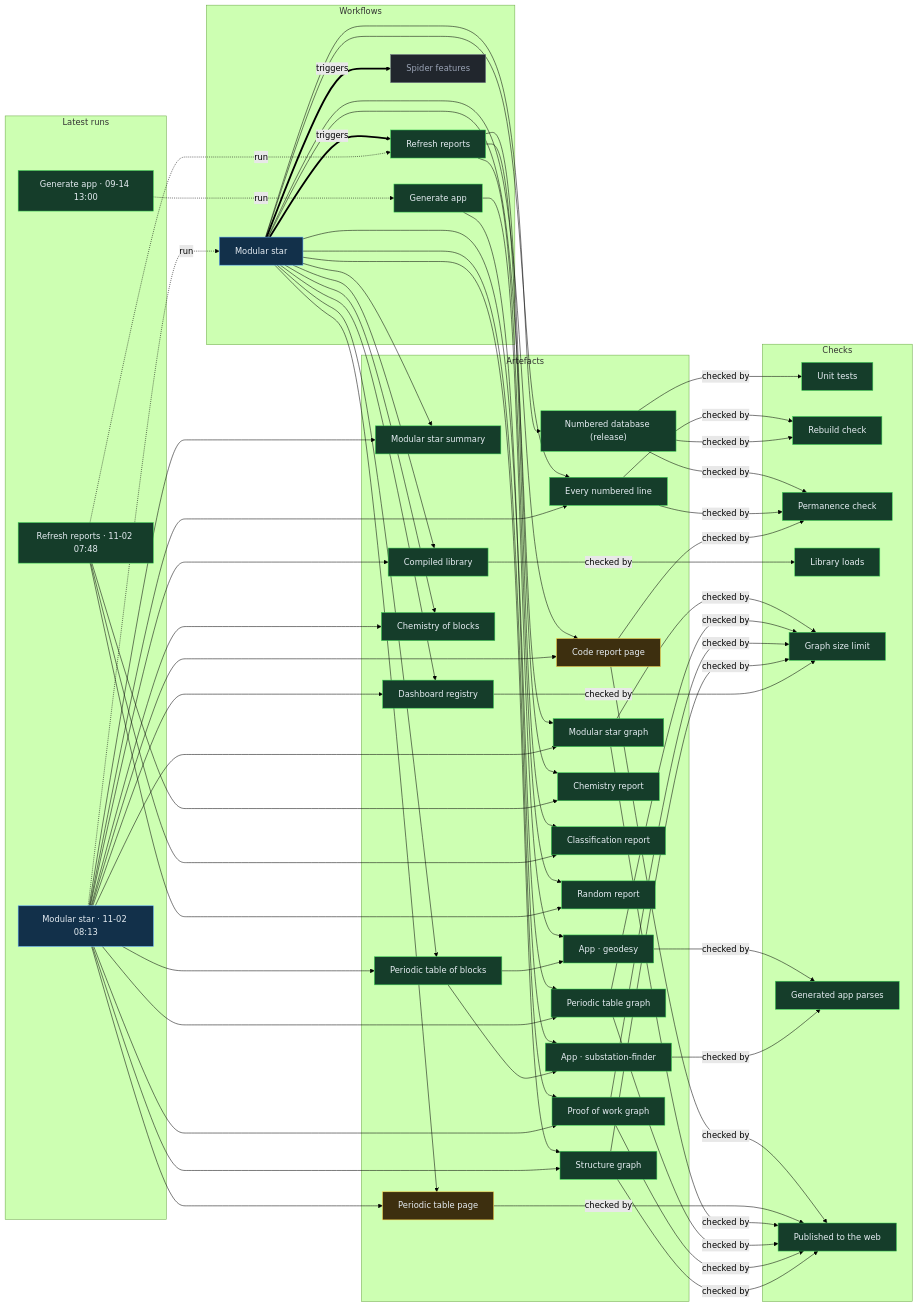
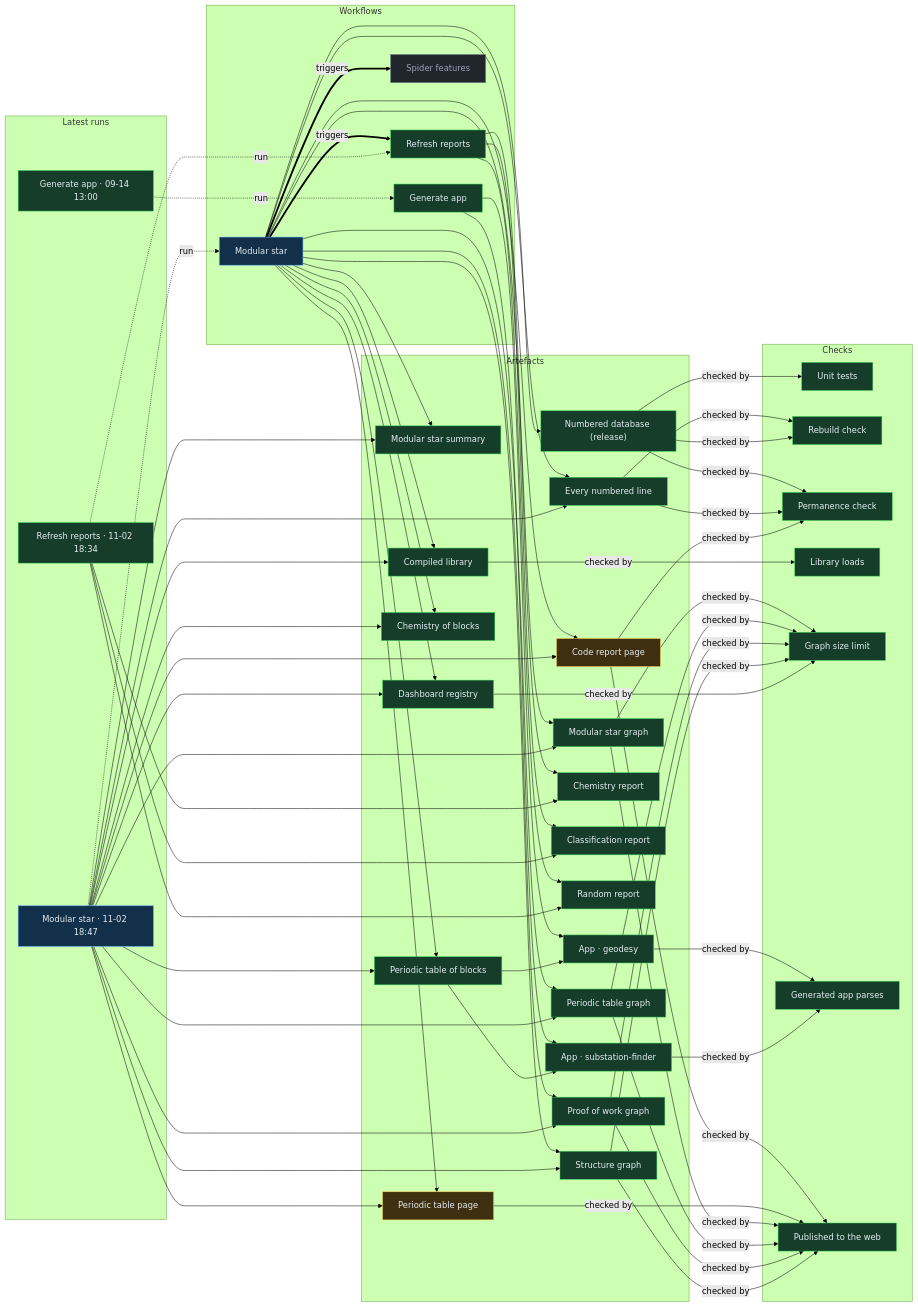
The diagram in proof/PROOF.md (Ventusltd/stars), drawn with Mermaid (forest theme) before and after one commit. The commit also changed other lines of this file and 76 other files, not shown here.

Commit message:
Modular star 2026-11-02T18:50Z

```diff
--- a/proof/PROOF.md
+++ b/proof/PROOF.md
@@ -24,8 +24,8 @@
   n_wf_spider_features["Spider features"]:::off
   end
   subgraph g_runs["Latest runs"]
-  n_run_41411462485["Modular star · 11-02 08:13"]:::live
-  n_run_41408644664["Refresh reports · 11-02 07:48"]:::ok
+  n_run_41503874921["Modular star · 11-02 18:47"]:::live
+  n_run_41501921058["Refresh reports · 11-02 18:34"]:::ok
   n_run_34846587798["Generate app · 09-14 13:00"]:::ok
   end
   subgraph g_artefacts["Artefacts"]
@@ -59,39 +59,39 @@
   end
   n_wf_modular_star == triggers ==> n_wf_refresh
   n_wf_modular_star == triggers ==> n_wf_spider_features
-  n_run_41411462485 -. run .-> n_wf_modular_star
-  n_run_41408644664 -. run .-> n_wf_refresh
+  n_run_41503874921 -. run .-> n_wf_modular_star
+  n_run_41501921058 -. run .-> n_wf_refresh
   n_run_34846587798 -. run .-> n_wf_generate
   n_wf_modular_star --> n_art_summary
-  n_run_41411462485 --> n_art_summary
+  n_run_41503874921 --> n_art_summary
   n_wf_modular_star --> n_art_lines
-  n_run_41411462485 --> n_art_lines
+  n_run_41503874921 --> n_art_lines
   n_wf_modular_star --> n_art_code
-  n_run_41411462485 --> n_art_code
+  n_run_41503874921 --> n_art_code
   n_wf_modular_star --> n_art_modular_graph
-  n_run_41411462485 --> n_art_modular_graph
+  n_run_41503874921 --> n_art_modular_graph
   n_wf_modular_star --> n_art_blocks
-  n_run_41411462485 --> n_art_blocks
+  n_run_41503874921 --> n_art_blocks
   n_wf_modular_star --> n_art_table
-  n_run_41411462485 --> n_art_table
+  n_run_41503874921 --> n_art_table
   n_wf_modular_star --> n_art_blocks_graph
-  n_run_41411462485 --> n_art_blocks_graph
+  n_run_41503874921 --> n_art_blocks_graph
   n_wf_modular_star --> n_art_reactions
-  n_run_41411462485 --> n_art_reactions
+  n_run_41503874921 --> n_art_reactions
   n_wf_modular_star --> n_art_library
-  n_run_41411462485 --> n_art_library
+  n_run_41503874921 --> n_art_library
   n_wf_modular_star --> n_art_features
-  n_run_41411462485 --> n_art_features
+  n_run_41503874921 --> n_art_features
   n_wf_modular_star --> n_art_proof
-  n_run_41411462485 --> n_art_proof
+  n_run_41503874921 --> n_art_proof
   n_wf_modular_star --> n_art_structure
-  n_run_41411462485 --> n_art_structure
+  n_run_41503874921 --> n_art_structure
   n_wf_refresh --> n_art_chemistry
-  n_run_41408644664 --> n_art_chemistry
+  n_run_41501921058 --> n_art_chemistry
   n_wf_refresh --> n_art_vedic
-  n_run_41408644664 --> n_art_vedic
+  n_run_41501921058 --> n_art_vedic
   n_wf_refresh --> n_art_random
-  n_run_41408644664 --> n_art_random
+  n_run_41501921058 --> n_art_random
   n_wf_modular_star --> n_art_release
   n_wf_generate --> n_app_geodesy
   n_art_blocks --> n_app_geodesy
```
